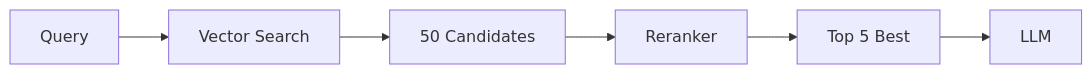
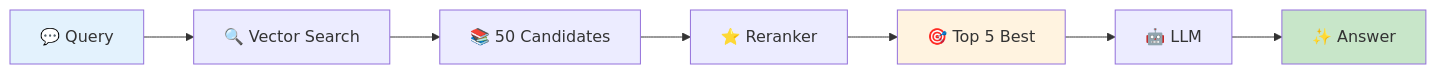
One commit to gmottola00/Quaerium changed the diagram in docs/guides/reranking.md. Above: the diagram before and after it, drawn with Mermaid. The commit also changed other lines of this file and 30 other files, not shown here.

````diff
--- a/docs/guides/reranking.md
+++ b/docs/guides/reranking.md
@@ -22,8 +29,13 @@
-```{mermaid}
+```mermaid
 graph LR
-    A[Query] --> B[Vector Search]
-    B --> C[50 Candidates]
-    C --> D[Reranker]
-    D --> E[Top 5 Best]
-    E --> F[LLM]
+    A[💬 Query] --> B[🔍 Vector Search]
+    B --> C[📚 50 Candidates]
+    C --> D[⭐ Reranker]
+    D --> E[🎯 Top 5 Best]
+    E --> F[🤖 LLM]
+    F --> G[✨ Answer]
+    
+    style A fill:#e3f2fd
+    style E fill:#fff3e0
+    style G fill:#c8e6c9
 ```
````
